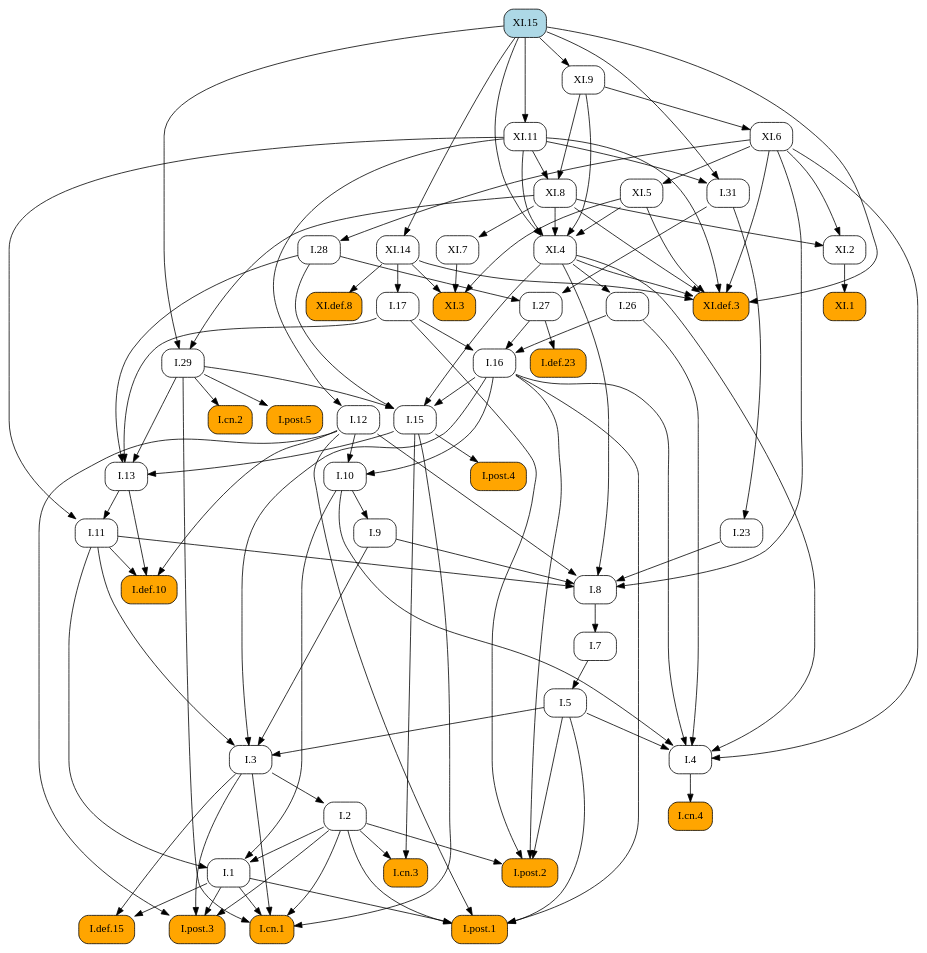
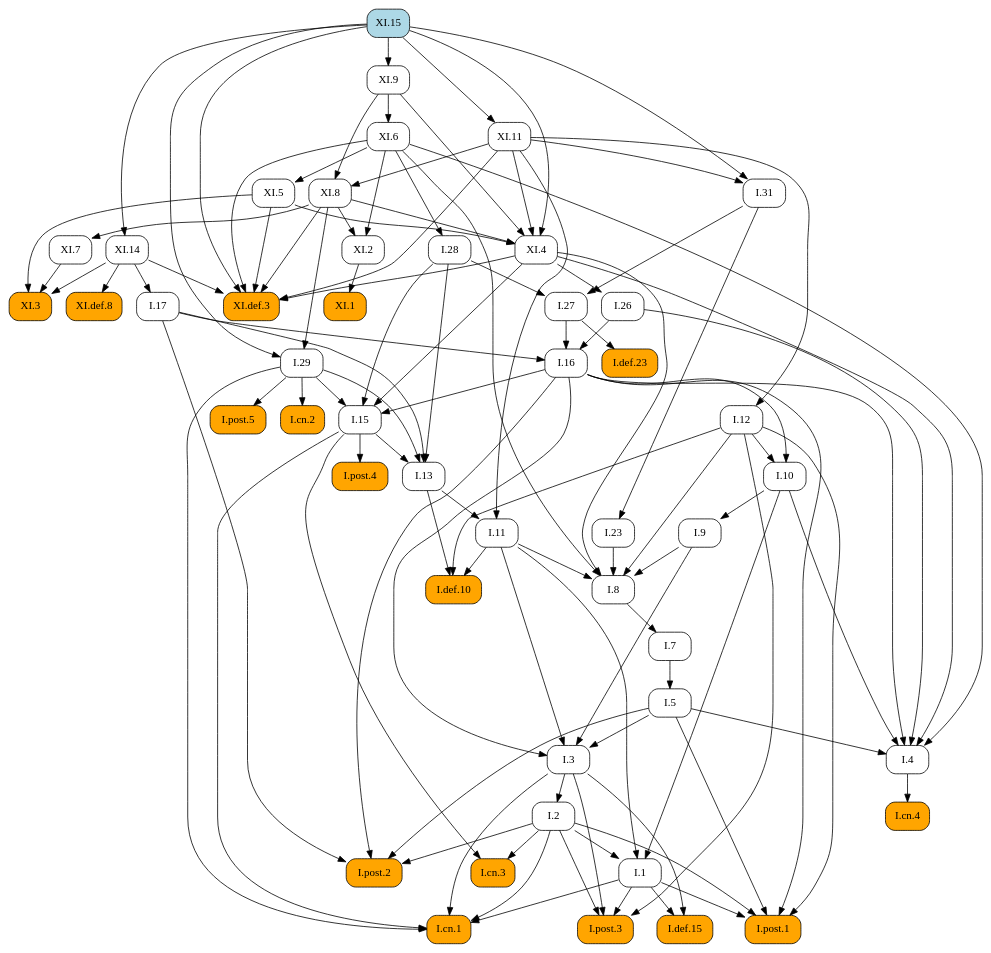
Before and after one commit to geometor/elements: the diagram in docsrc/heath/XI/15/index.rst, drawn with Graphviz. The commit also changed other lines of this file and 1029 other files, not shown here.

```diff
--- a/docsrc/heath/XI/15/index.rst
+++ b/docsrc/heath/XI/15/index.rst
@@ -45,118 +45,53 @@
    digraph {
      rankdir="TB";
      node [shape=box, style=rounded];
-     "I.cn.3" [style="rounded,filled", fillcolor=orange, URL="/heath/I/cn.3/", target="_top"];
-     "XI.11" [URL="/heath/XI/11/", target="_top"];
-     "I.29" [URL="/heath/I/29/", target="_top"];
-     "I.7" [URL="/heath/I/7/", target="_top"];
-     "I.27" [URL="/heath/I/27/", target="_top"];
-     "I.def.23" [style="rounded,filled", fillcolor=orange, URL="/heath/I/def.23/", target="_top"];
-     "I.8" [URL="/heath/I/8/", target="_top"];
-     "I.9" [URL="/heath/I/9/", target="_top"];
-     "XI.4" [URL="/heath/XI/4/", target="_top"];
-     "I.post.4" [style="rounded,filled", fillcolor=orange, URL="/heath/I/post.4/", target="_top"];
-     "I.2" [URL="/heath/I/2/", target="_top"];
-     "I.28" [URL="/heath/I/28/", target="_top"];
-     "I.1" [URL="/heath/I/1/", target="_top"];
-     "I.def.15" [style="rounded,filled", fillcolor=orange, URL="/heath/I/def.15/", target="_top"];
-     "I.post.1" [style="rounded,filled", fillcolor=orange, URL="/heath/I/post.1/", target="_top"];
-     "XI.1" [style="rounded,filled", fillcolor=orange, URL="/heath/XI/1/", target="_top"];
-     "XI.15" [style="rounded,filled", fillcolor=lightblue, URL="/heath/XI/15/", target="_top"];
-     "I.cn.4" [style="rounded,filled", fillcolor=orange, URL="/heath/I/cn.4/", target="_top"];
-     "I.26" [URL="/heath/I/26/", target="_top"];
-     "XI.9" [URL="/heath/XI/9/", target="_top"];
-     "I.23" [URL="/heath/I/23/", target="_top"];
-     "I.13" [URL="/heath/I/13/", target="_top"];
-     "I.cn.2" [style="rounded,filled", fillcolor=orange, URL="/heath/I/cn.2/", target="_top"];
-     "I.5" [URL="/heath/I/5/", target="_top"];
-     "I.11" [URL="/heath/I/11/", target="_top"];
-     "I.10" [URL="/heath/I/10/", target="_top"];
-     "I.4" [URL="/heath/I/4/", target="_top"];
-     "XI.5" [URL="/heath/XI/5/", target="_top"];
-     "I.3" [URL="/heath/I/3/", target="_top"];
-     "I.16" [URL="/heath/I/16/", target="_top"];
-     "I.31" [URL="/heath/I/31/", target="_top"];
      "I.def.10" [style="rounded,filled", fillcolor=orange, URL="/heath/I/def.10/", target="_top"];
      "XI.def.3" [style="rounded,filled", fillcolor=orange, URL="/heath/XI/def.3/", target="_top"];
+     "I.11" [URL="/heath/I/11/", target="_top"];
+     "I.post.4" [style="rounded,filled", fillcolor=orange, URL="/heath/I/post.4/", target="_top"];
+     "I.1" [URL="/heath/I/1/", target="_top"];
+     "XI.14" [URL="/heath/XI/14/", target="_top"];
+     "I.26" [URL="/heath/I/26/", target="_top"];
+     "I.28" [URL="/heath/I/28/", target="_top"];
+     "XI.15" [style="rounded,filled", fillcolor=lightblue, URL="/heath/XI/15/", target="_top"];
+     "XI.7" [URL="/heath/XI/7/", target="_top"];
+     "I.29" [URL="/heath/I/29/", target="_top"];
+     "I.cn.2" [style="rounded,filled", fillcolor=orange, URL="/heath/I/cn.2/", target="_top"];
+     "XI.9" [URL="/heath/XI/9/", target="_top"];
+     "XI.8" [URL="/heath/XI/8/", target="_top"];
+     "I.def.15" [style="rounded,filled", fillcolor=orange, URL="/heath/I/def.15/", target="_top"];
+     "XI.11" [URL="/heath/XI/11/", target="_top"];
+     "I.post.3" [style="rounded,filled", fillcolor=orange, URL="/heath/I/post.3/", target="_top"];
+     "XI.5" [URL="/heath/XI/5/", target="_top"];
+     "XI.1" [style="rounded,filled", fillcolor=orange, URL="/heath/XI/1/", target="_top"];
+     "I.cn.1" [style="rounded,filled", fillcolor=orange, URL="/heath/I/cn.1/", target="_top"];
+     "I.cn.3" [style="rounded,filled", fillcolor=orange, URL="/heath/I/cn.3/", target="_top"];
+     "XI.2" [URL="/heath/XI/2/", target="_top"];
+     "I.23" [URL="/heath/I/23/", target="_top"];
+     "I.post.1" [style="rounded,filled", fillcolor=orange, URL="/heath/I/post.1/", target="_top"];
+     "XI.6" [URL="/heath/XI/6/", target="_top"];
+     "I.27" [URL="/heath/I/27/", target="_top"];
+     "I.7" [URL="/heath/I/7/", target="_top"];
+     "I.3" [URL="/heath/I/3/", target="_top"];
+     "I.2" [URL="/heath/I/2/", target="_top"];
+     "I.4" [URL="/heath/I/4/", target="_top"];
+     "I.def.23" [style="rounded,filled", fillcolor=orange, URL="/heath/I/def.23/", target="_top"];
+     "I.13" [URL="/heath/I/13/", target="_top"];
+     "I.17" [URL="/heath/I/17/", target="_top"];
+     "I.12" [URL="/heath/I/12/", target="_top"];
+     "I.31" [URL="/heath/I/31/", target="_top"];
      "I.post.2" [style="rounded,filled", fillcolor=orange, URL="/heath/I/post.2/", target="_top"];
-     "I.post.3" [style="rounded,filled", fillcolor=orange, URL="/heath/I/post.3/", target="_top"];
+     "I.16" [URL="/heath/I/16/", target="_top"];
+     "I.9" [URL="/heath/I/9/", target="_top"];
+     "I.8" [URL="/heath/I/8/", target="_top"];
+     "I.cn.4" [style="rounded,filled", fillcolor=orange, URL="/heath/I/cn.4/", target="_top"];
+     "I.15" [URL="/heath/I/15/", target="_top"];
+     "XI.4" [URL="/heath/XI/4/", target="_top"];
      "I.post.5" [style="rounded,filled", fillcolor=orange, URL="/heath/I/post.5/", target="_top"];
+     "XI.def.8" [style="rounded,filled", fillcolor=orange, URL="/heath/XI/def.8/", target="_top"];
+     "I.10" [URL="/heath/I/10/", target="_top"];
+     "I.5" [URL="/heath/I/5/", target="_top"];
      "XI.3" [style="rounded,filled", fillcolor=orange, URL="/heath/XI/3/", target="_top"];
-     "XI.6" [URL="/heath/XI/6/", target="_top"];
-     "I.12" [URL="/heath/I/12/", target="_top"];
-     "XI.7" [URL="/heath/XI/7/", target="_top"];
-     "XI.def.8" [style="rounded,filled", fillcolor=orange, URL="/heath/XI/def.8/", target="_top"];
-     "I.15" [URL="/heath/I/15/", target="_top"];
-     "XI.14" [URL="/heath/XI/14/", target="_top"];
-     "I.17" [URL="/heath/I/17/", target="_top"];
-     "I.cn.1" [style="rounded,filled", fillcolor=orange, URL="/heath/I/cn.1/", target="_top"];
-     "XI.2" [URL="/heath/XI/2/", target="_top"];
-     "XI.8" [URL="/heath/XI/8/", target="_top"];
-     "I.2" -> "I.cn.3";
-     "I.15" -> "I.cn.3";
-     "XI.15" -> "XI.11";
-     "XI.8" -> "I.29";
-     "XI.15" -> "I.29";
-     "I.8" -> "I.7";
-     "I.28" -> "I.27";
-     "I.31" -> "I.27";
-     "I.27" -> "I.def.23";
-     "I.9" -> "I.8";
-     "I.11" -> "I.8";
-     "I.12" -> "I.8";
-     "I.23" -> "I.8";
-     "XI.4" -> "I.8";
-     "XI.6" -> "I.8";
-     "I.10" -> "I.9";
-     "XI.5" -> "XI.4";
-     "XI.8" -> "XI.4";
-     "XI.9" -> "XI.4";
-     "XI.11" -> "XI.4";
-     "XI.15" -> "XI.4";
-     "I.15" -> "I.post.4";
-     "I.3" -> "I.2";
-     "XI.6" -> "I.28";
-     "I.2" -> "I.1";
-     "I.10" -> "I.1";
-     "I.11" -> "I.1";
-     "I.1" -> "I.def.15";
-     "I.3" -> "I.def.15";
-     "I.1" -> "I.post.1";
-     "I.2" -> "I.post.1";
-     "I.5" -> "I.post.1";
-     "I.12" -> "I.post.1";
-     "I.16" -> "I.post.1";
-     "XI.2" -> "XI.1";
-     "I.4" -> "I.cn.4";
-     "XI.4" -> "I.26";
-     "XI.15" -> "XI.9";
-     "I.31" -> "I.23";
-     "I.15" -> "I.13";
-     "I.17" -> "I.13";
-     "I.28" -> "I.13";
-     "I.29" -> "I.13";
-     "I.29" -> "I.cn.2";
-     "I.7" -> "I.5";
-     "I.13" -> "I.11";
-     "XI.11" -> "I.11";
-     "I.12" -> "I.10";
-     "I.16" -> "I.10";
-     "I.5" -> "I.4";
-     "I.10" -> "I.4";
-     "I.16" -> "I.4";
-     "I.26" -> "I.4";
-     "XI.4" -> "I.4";
-     "XI.6" -> "I.4";
-     "XI.6" -> "XI.5";
-     "I.5" -> "I.3";
-     "I.9" -> "I.3";
-     "I.11" -> "I.3";
-     "I.16" -> "I.3";
-     "I.17" -> "I.16";
-     "I.26" -> "I.16";
-     "I.27" -> "I.16";
-     "XI.11" -> "I.31";
-     "XI.15" -> "I.31";
      "I.11" -> "I.def.10";
      "I.12" -> "I.def.10";
      "I.13" -> "I.def.10";
@@ -167,35 +102,100 @@
      "XI.11" -> "XI.def.3";
      "XI.14" -> "XI.def.3";
      "XI.15" -> "XI.def.3";
-     "I.2" -> "I.post.2";
-     "I.5" -> "I.post.2";
-     "I.16" -> "I.post.2";
-     "I.17" -> "I.post.2";
+     "I.13" -> "I.11";
+     "XI.11" -> "I.11";
+     "I.15" -> "I.post.4";
+     "I.2" -> "I.1";
+     "I.10" -> "I.1";
+     "I.11" -> "I.1";
+     "XI.15" -> "XI.14";
+     "XI.4" -> "I.26";
+     "XI.6" -> "I.28";
+     "XI.8" -> "XI.7";
+     "XI.8" -> "I.29";
+     "XI.15" -> "I.29";
+     "I.29" -> "I.cn.2";
+     "XI.15" -> "XI.9";
+     "XI.9" -> "XI.8";
+     "XI.11" -> "XI.8";
+     "I.1" -> "I.def.15";
+     "I.3" -> "I.def.15";
+     "XI.15" -> "XI.11";
      "I.1" -> "I.post.3";
      "I.2" -> "I.post.3";
      "I.3" -> "I.post.3";
      "I.12" -> "I.post.3";
-     "I.29" -> "I.post.5";
-     "XI.5" -> "XI.3";
-     "XI.7" -> "XI.3";
-     "XI.14" -> "XI.3";
-     "XI.9" -> "XI.6";
-     "XI.11" -> "I.12";
-     "XI.8" -> "XI.7";
-     "XI.14" -> "XI.def.8";
-     "I.16" -> "I.15";
-     "I.28" -> "I.15";
-     "I.29" -> "I.15";
-     "XI.4" -> "I.15";
-     "XI.15" -> "XI.14";
-     "XI.14" -> "I.17";
+     "XI.6" -> "XI.5";
+     "XI.2" -> "XI.1";
      "I.1" -> "I.cn.1";
      "I.2" -> "I.cn.1";
      "I.3" -> "I.cn.1";
      "I.15" -> "I.cn.1";
      "I.29" -> "I.cn.1";
+     "I.2" -> "I.cn.3";
+     "I.15" -> "I.cn.3";
      "XI.6" -> "XI.2";
      "XI.8" -> "XI.2";
-     "XI.9" -> "XI.8";
-     "XI.11" -> "XI.8";
+     "I.31" -> "I.23";
+     "I.1" -> "I.post.1";
+     "I.2" -> "I.post.1";
+     "I.5" -> "I.post.1";
+     "I.12" -> "I.post.1";
+     "I.16" -> "I.post.1";
+     "XI.9" -> "XI.6";
+     "I.28" -> "I.27";
+     "I.31" -> "I.27";
+     "I.8" -> "I.7";
+     "I.5" -> "I.3";
+     "I.9" -> "I.3";
+     "I.11" -> "I.3";
+     "I.16" -> "I.3";
+     "I.3" -> "I.2";
+     "I.5" -> "I.4";
+     "I.10" -> "I.4";
+     "I.16" -> "I.4";
+     "I.26" -> "I.4";
+     "XI.4" -> "I.4";
+     "XI.6" -> "I.4";
+     "I.27" -> "I.def.23";
+     "I.15" -> "I.13";
+     "I.17" -> "I.13";
+     "I.28" -> "I.13";
+     "I.29" -> "I.13";
+     "XI.14" -> "I.17";
+     "XI.11" -> "I.12";
+     "XI.11" -> "I.31";
+     "XI.15" -> "I.31";
+     "I.2" -> "I.post.2";
+     "I.5" -> "I.post.2";
+     "I.16" -> "I.post.2";
+     "I.17" -> "I.post.2";
+     "I.17" -> "I.16";
+     "I.26" -> "I.16";
+     "I.27" -> "I.16";
+     "I.10" -> "I.9";
+     "I.9" -> "I.8";
+     "I.11" -> "I.8";
+     "I.12" -> "I.8";
+     "I.23" -> "I.8";
+     "XI.4" -> "I.8";
+     "XI.6" -> "I.8";
+     "I.4" -> "I.cn.4";
+     "I.16" -> "I.15";
+     "I.28" -> "I.15";
+     "I.29" -> "I.15";
+     "XI.4" -> "I.15";
+     "XI.5" -> "XI.4";
+     "XI.8" -> "XI.4";
+     "XI.9" -> "XI.4";
+     "XI.11" -> "XI.4";
+     "XI.15" -> "XI.4";
+     "I.29" -> "I.post.5";
+     "XI.14" -> "XI.def.8";
+     "I.12" -> "I.10";
+     "I.16" -> "I.10";
+     "I.7" -> "I.5";
+     "XI.5" -> "XI.3";
+     "XI.7" -> "XI.3";
+     "XI.14" -> "XI.3";
    }
```
